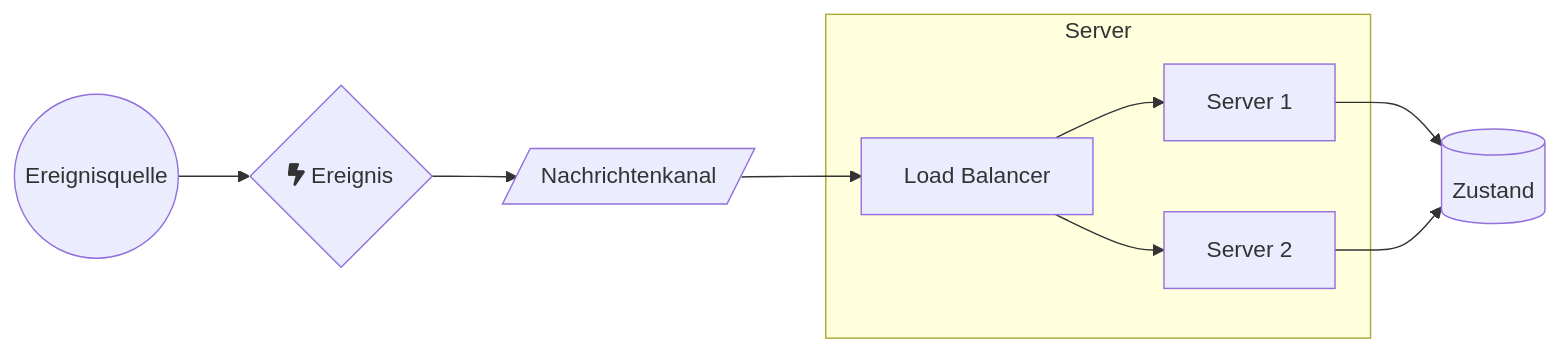
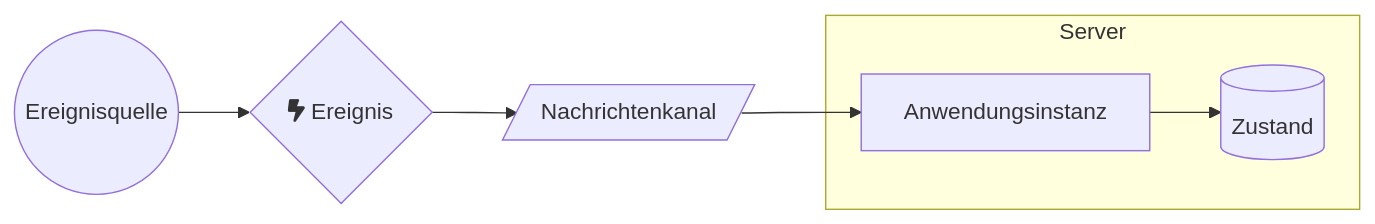
The third of 5 diagrams in content/theorie/vms-container-serverless/_index.md (patrickbucher/m346.frickelbude.ch), drawn with Mermaid before and after one commit. The commit also changed other lines of this file, not shown here.

````diff
--- a/content/theorie/vms-container-serverless/_index.md
+++ b/content/theorie/vms-container-serverless/_index.md
@@ -105,18 +107,13 @@
 ```mermaid
 flowchart LR
     event_source((Ereignisquelle))
     event{"fa:fa-bolt-lightning Ereignis"}
     message_bus[/Nachrichtenkanal/]
+    message_bus --> instance
     subgraph Server
-        load_balancer[Load Balancer] 
-        load_balancer --> server1
-        load_balancer --> server2
-        server1[Server 1]
-        server2[Server 2]
+        instance[Anwendungsinstanz]
+        database[(Zustand)]
+        instance --> database
     end
-    database[(Zustand)]
     event_source --> event --> message_bus
-    message_bus --> load_balancer
-    server1 --> database
-    server2 --> database
 ```
````
